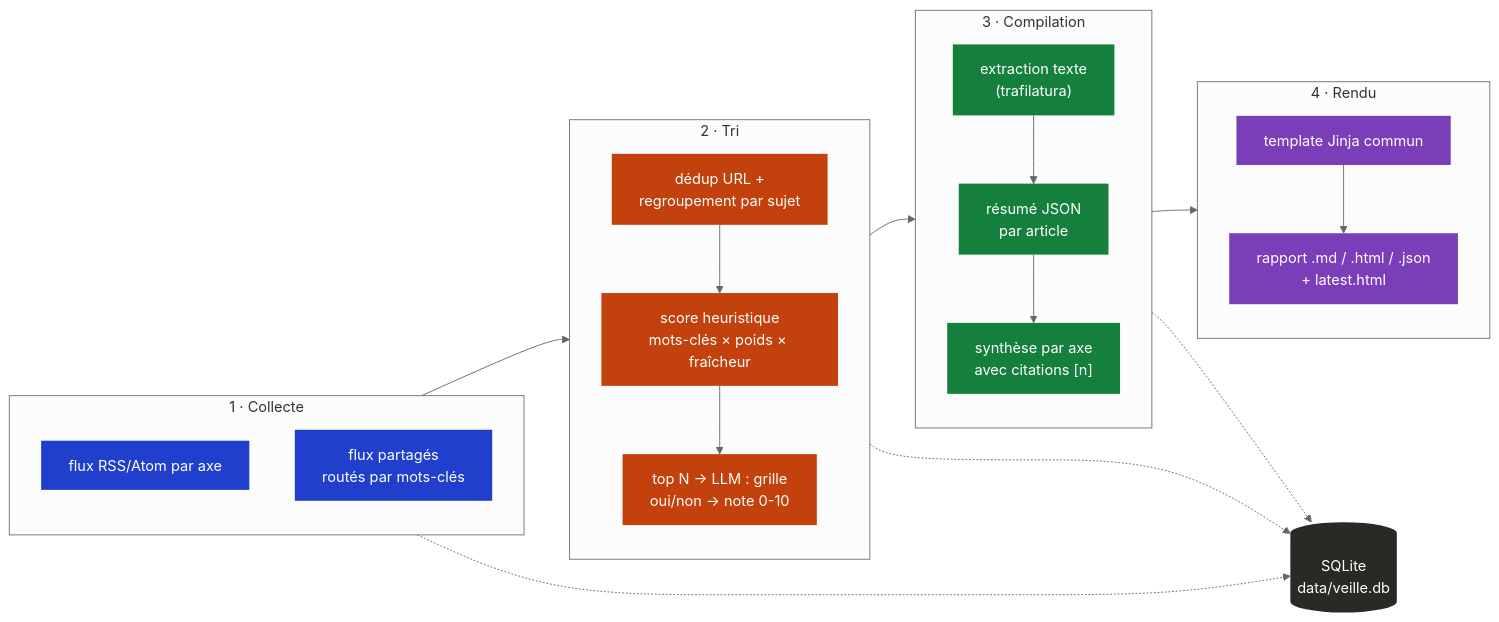
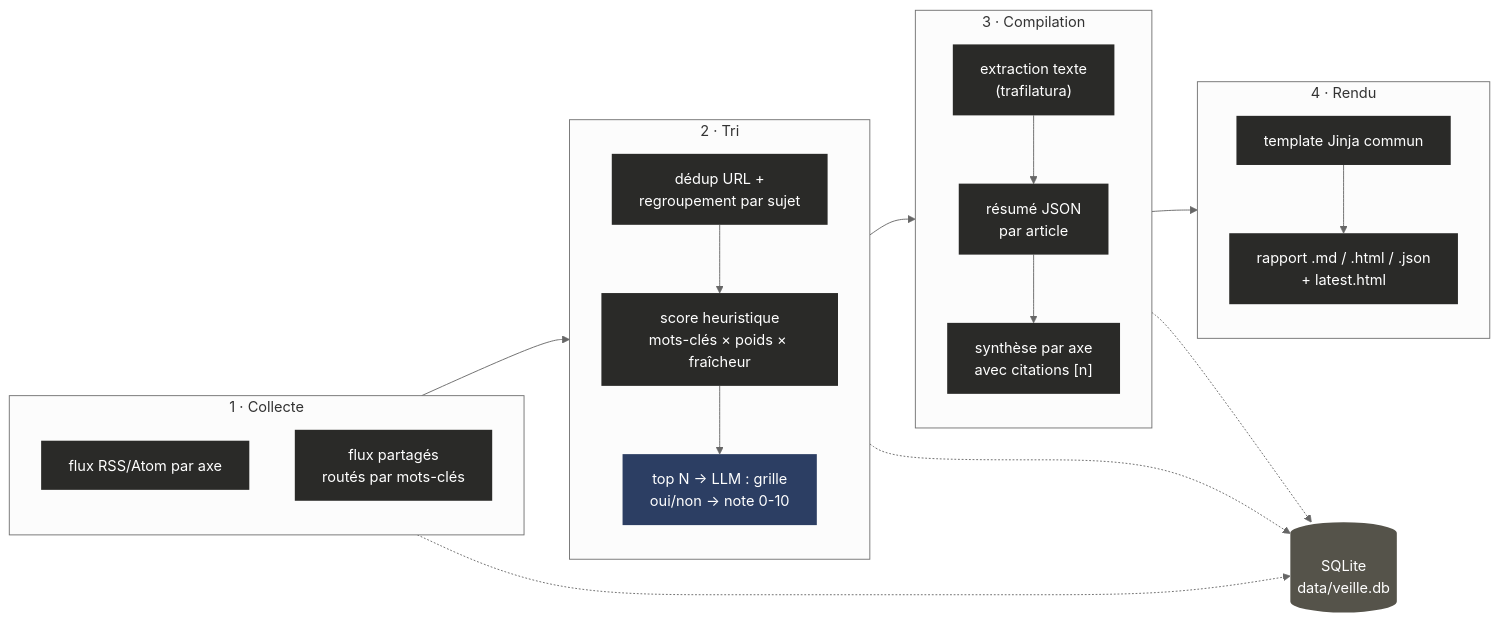
One commit to rom98759/llm_veille_tech changed the diagram in README.md. Above: the diagram before and after it, drawn with Mermaid (neutral theme). The commit also changed other lines of this file and 1 other file, not shown here.

````diff
--- a/README.md
+++ b/README.md
@@ -41,45 +34,41 @@
 ```mermaid
 flowchart LR
     subgraph S1["1 · Collecte"]
         direction TB
         A1["flux RSS/Atom par axe"]
         A2["flux partagés<br/>routés par mots-clés"]
     end
     subgraph S2["2 · Tri"]
         direction TB
         B1["dédup URL +<br/>regroupement par sujet"]
         B2["score heuristique<br/>mots-clés × poids × fraîcheur"]
         B3["top N → LLM : grille<br/>oui/non → note 0-10"]
         B1 --> B2 --> B3
     end
     subgraph S3["3 · Compilation"]
         direction TB
         C1["extraction texte<br/>(trafilatura)"]
         C2["résumé JSON<br/>par article"]
         C3["synthèse par axe<br/>avec citations [n]"]
         C1 --> C2 --> C3
     end
     subgraph S4["4 · Rendu"]
         direction TB
         D1["template Jinja commun"]
         D2["rapport .md / .html / .json<br/>+ latest.html"]
         D1 --> D2
     end
     DB[("SQLite<br/>data/veille.db")]
 
     S1 --> S2 --> S3 --> S4
     S1 -.-> DB
     S2 -.-> DB
     S3 -.-> DB
 
-    classDef s1 fill:#1F3FCC,color:#fff,stroke:none
-    classDef s2 fill:#C2410C,color:#fff,stroke:none
-    classDef s3 fill:#15803D,color:#fff,stroke:none
-    classDef s4 fill:#7A3EB8,color:#fff,stroke:none
-    classDef db fill:#2A2924,color:#fff,stroke:none
-    class A1,A2 s1
-    class B1,B2,B3 s2
-    class C1,C2,C3 s3
-    class D1,D2 s4
+    classDef neutral fill:#2A2A28,color:#fff,stroke:none
+    classDef accent fill:#2C3E63,color:#fff,stroke:none
+    classDef db fill:#55534A,color:#fff,stroke:none
+    class A1,A2,B1,B2,C1,C2,C3,D1,D2 neutral
+    class B3 accent
     class DB db
 ```
````
